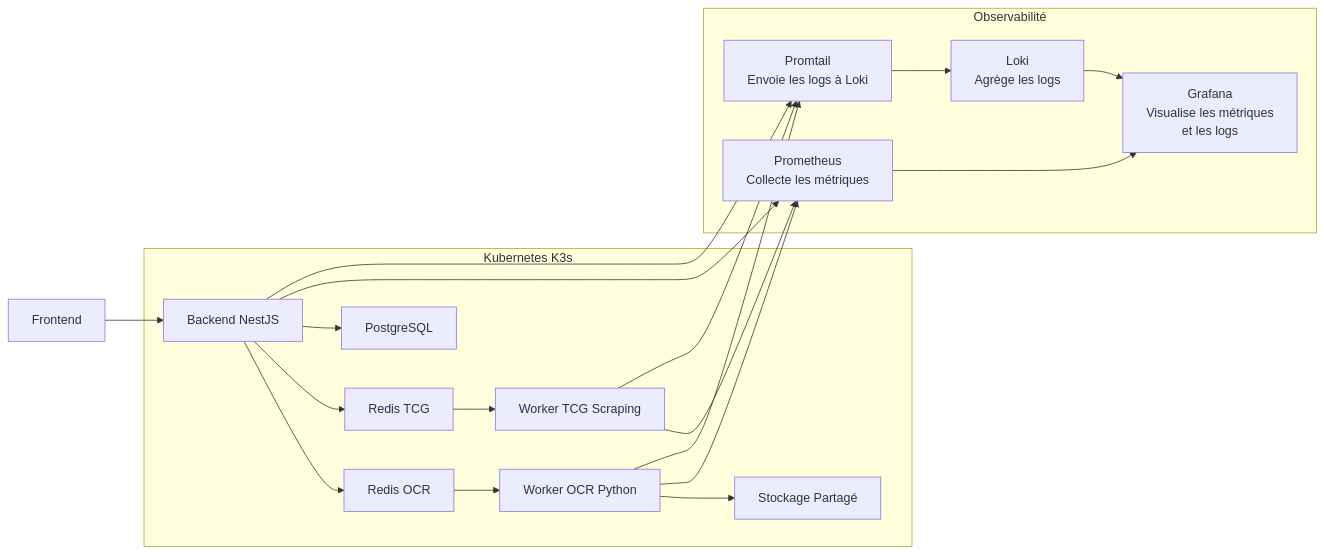
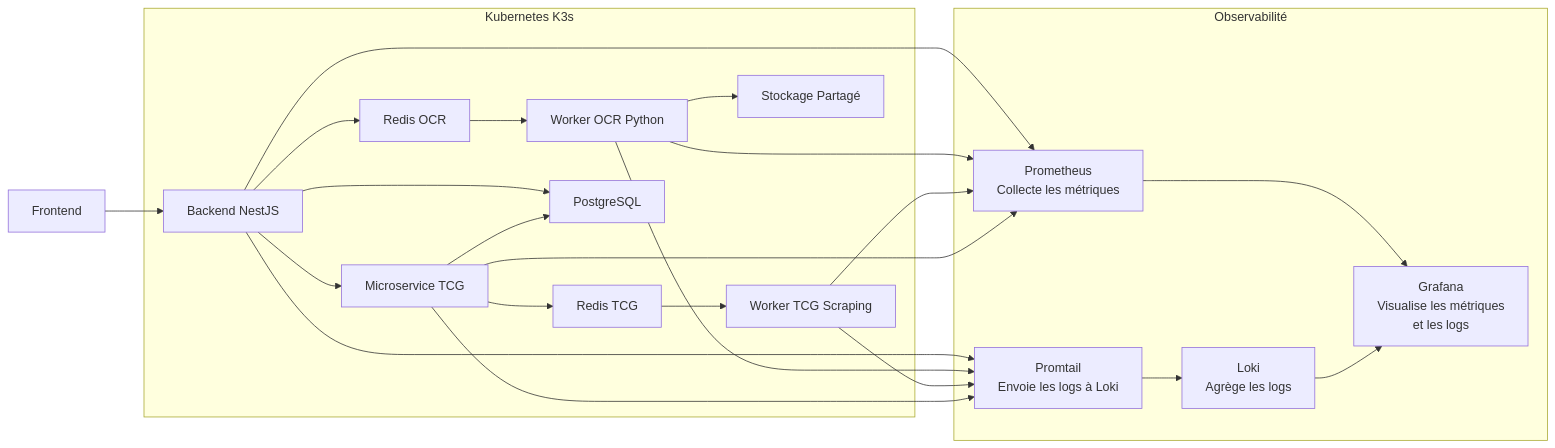
Before and after one commit to Collectionr/collectionr_epitech: the third of 7 diagrams in docs/architecture/A03-architecture-runtime.md, drawn with Mermaid. The commit also changed other lines of this file and 3 other files, not shown here.

Commit message:
fix: corrections-documentation-architectures

````diff
--- a/docs/architecture/A03-architecture-runtime.md
+++ b/docs/architecture/A03-architecture-runtime.md
@@ -195,33 +195,38 @@
 ```mermaid
 graph LR
     A[Frontend] --> B[Backend NestJS]
     B --> C[Redis OCR]
-    B --> D[Redis TCG]
+    B --> M[Microservice TCG]
+    M --> D[Redis TCG]
     C --> E[Worker OCR Python]
     D --> F[Worker TCG Scraping]
     E --> G[Stockage Partagé]
     B --> H[PostgreSQL]
+    M --> H
     
     subgraph k8s[Kubernetes K3s]
     B
     C
     D
     E
     F
     G
     H
+    M
     end
     
     subgraph observability[Observabilité]
     I[Prometheus<br>Collecte les métriques] --> J[Grafana<br>Visualise les métriques<br>et les logs]
     K[Loki<br>Agrège les logs] --> J
     L[Promtail<br>Envoie les logs à Loki] --> K
     end
     
     B --> I
     E --> I
     F --> I
+    M --> I
     B --> L
     E --> L
     F --> L
+    M --> L
 ```
````
